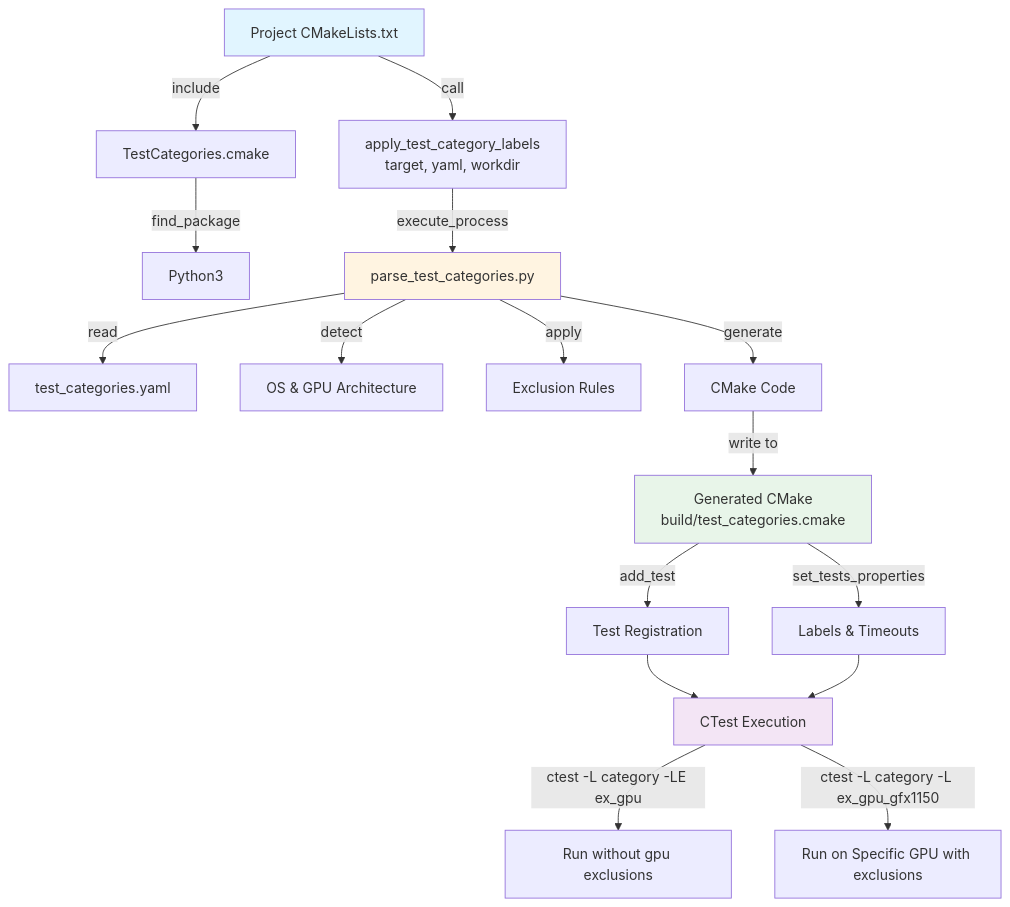
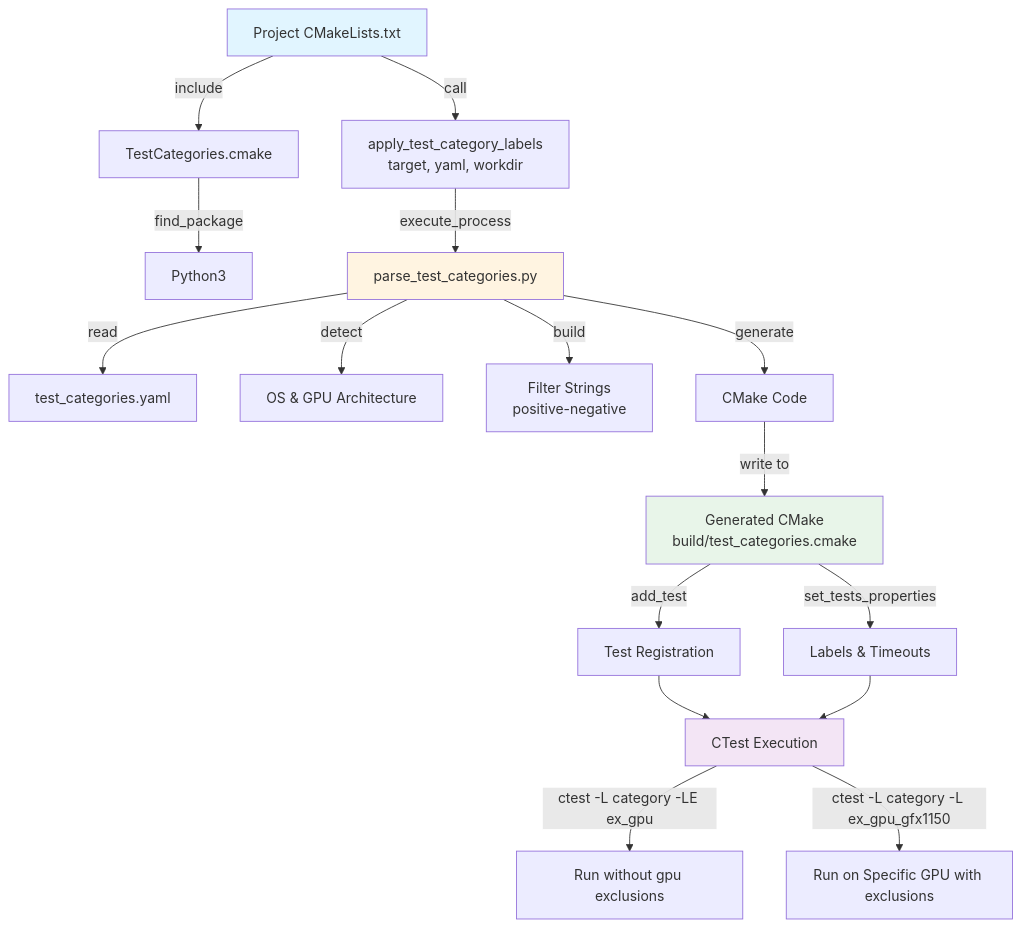
The diagram in shared/ctest/README.md (ROCm/rocm-libraries), drawn with Mermaid before and after one commit. The commit also changed other lines of this file and 2 other files, not shown here.

````diff
--- a/shared/ctest/README.md
+++ b/shared/ctest/README.md
@@ -47,29 +47,29 @@
 ```mermaid
 flowchart TD
     A[Project CMakeLists.txt] -->|include| B[TestCategories.cmake]
     A -->|call| C[apply_test_category_labels<br/>target, yaml, workdir]
 
     B -->|find_package| D[Python3]
     C -->|execute_process| E[parse_test_categories.py]
 
     E -->|read| F[test_categories.yaml]
     E -->|detect| G[OS & GPU Architecture]
-    E -->|apply| H[Exclusion Rules]
+    E -->|build| H[Filter Strings<br/>positive-negative]
     E -->|generate| I[CMake Code]
 
     I -->|write to| J[Generated CMake<br/>build/test_categories.cmake]
 
     J -->|add_test| K[Test Registration]
     J -->|set_tests_properties| L[Labels & Timeouts]
 
     K --> M[CTest Execution]
     L --> M
 
     M -->|ctest -L category -LE ex_gpu| N[Run without gpu exclusions]
     M -->|ctest -L category -L ex_gpu_gfx1150| O[Run on Specific GPU with exclusions]
 
     style A fill:#e1f5ff
     style E fill:#fff4e1
     style J fill:#e8f5e9
     style M fill:#f3e5f5
 ```
````
